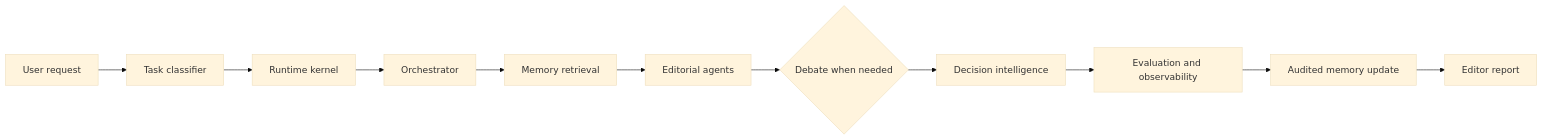
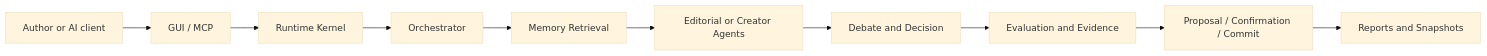
The diagram in README.md (kdc307950-art/novelos_skill), drawn with Mermaid (base theme) before and after one commit. The commit also changed other lines of this file, not shown here.

Commit message:
docs: redesign GitHub landing page for GUI and MCP

````diff
--- a/README.md
+++ b/README.md
@@ -31,13 +37,12 @@
 ```mermaid
 flowchart LR
-  A[User request] --> B[Task classifier]
-  B --> C[Runtime kernel]
-  C --> D[Orchestrator]
-  D --> E[Memory retrieval]
-  E --> F[Editorial agents]
-  F --> G{Debate when needed}
-  G --> H[Decision intelligence]
-  H --> I[Evaluation and observability]
-  I --> J[Audited memory update]
-  J --> K[Editor report]
+  U[Author or AI client] --> I[GUI / MCP]
+  I --> R[Runtime Kernel]
+  R --> O[Orchestrator]
+  O --> M[Memory Retrieval]
+  M --> A[Editorial or Creator Agents]
+  A --> D[Debate and Decision]
+  D --> E[Evaluation and Evidence]
+  E --> C[Proposal / Confirmation / Commit]
+  C --> S[Reports and Snapshots]
 ```
````
